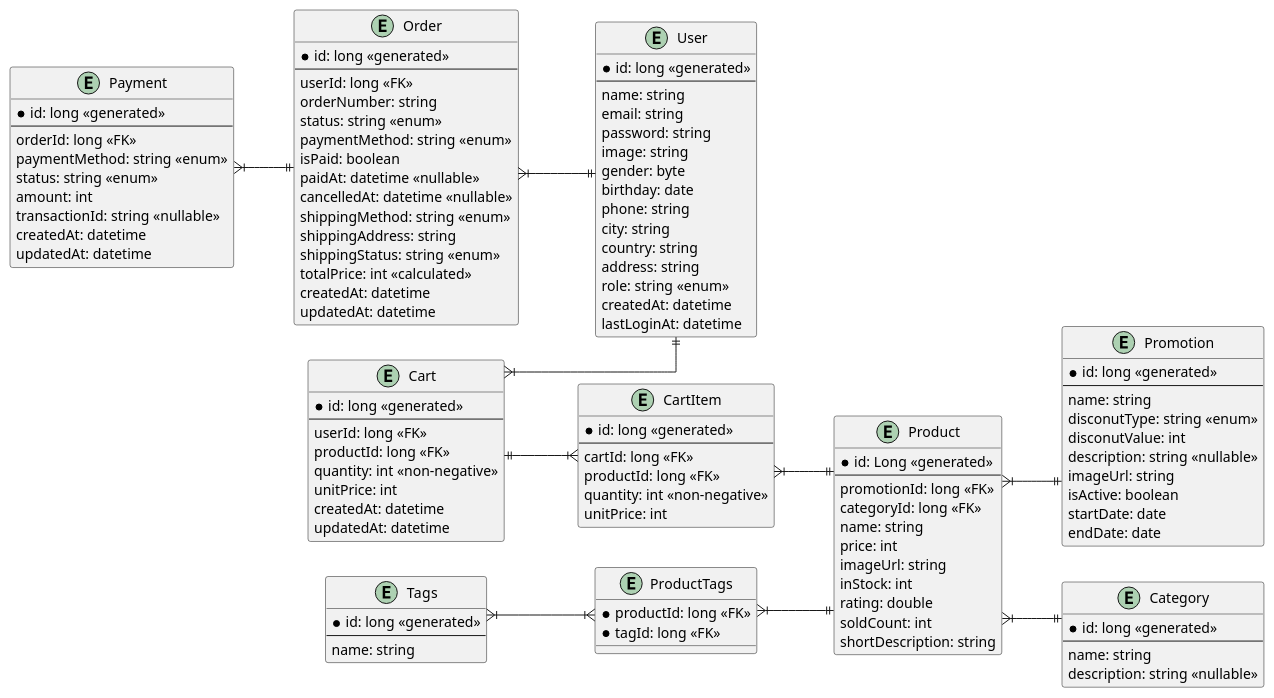
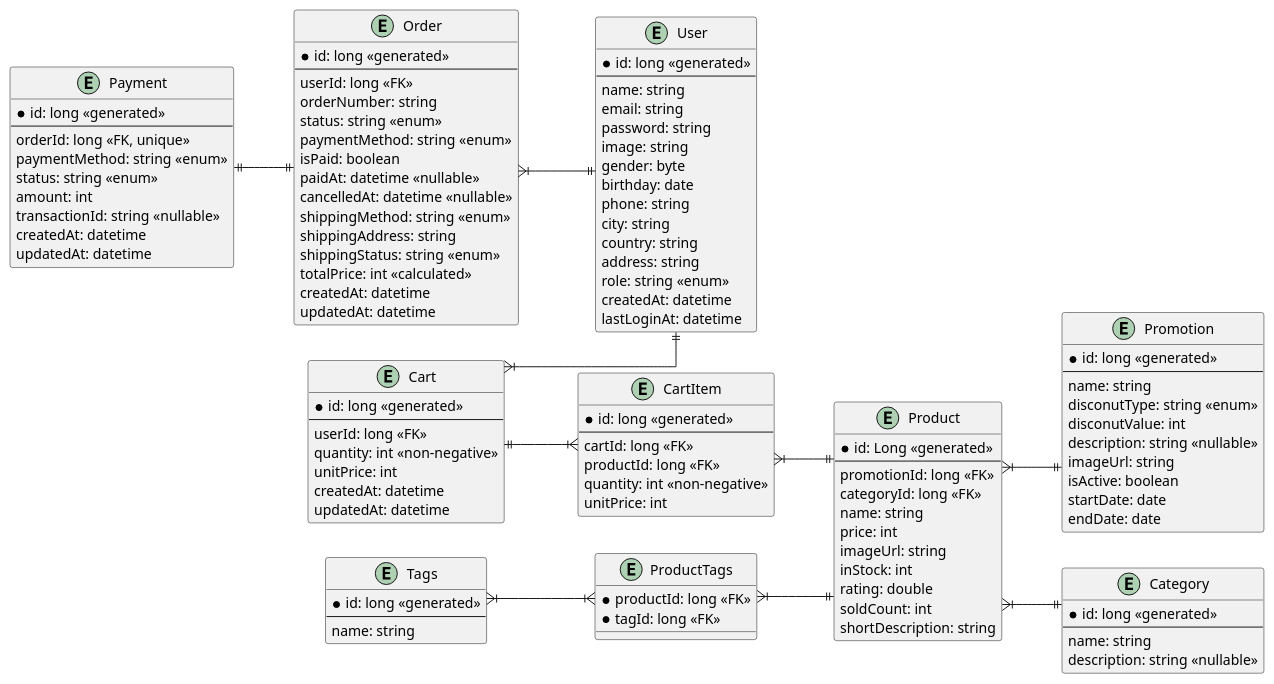
One commit to honeykokia/ecommerce-springboot changed the diagram in src/main/java/com/example/demo/docs/er-diagram.puml. Above: the diagram before and after it, drawn with PlantUML.

Commit message:
docs: Update ER diagram (er-diagram) - Remove `productId` from cart - Add `CartItem` table for Cart–Product many-to-many relationship - Set `orderId` in `Payment` as unique for one-to-one mapping

```diff
--- a/src/main/java/com/example/demo/docs/er-diagram.puml
+++ b/src/main/java/com/example/demo/docs/er-diagram.puml
@@ -1,135 +1,134 @@
 @startuml
 
 skinparam linetype ortho
 
 left to right direction
 
 entity "User" as User {
     *id: long <<generated>>
     ---
     name: string
     email: string
     password: string
     image: string
     gender: byte
     birthday: date
     phone: string
     city: string
     country: string
     address: string
     role: string <<enum>>
     'guest, member, admin
     createdAt: datetime
     lastLoginAt: datetime
 }
 
 entity "Product" as Product {
     *id: Long <<generated>>
     ---
     promotionId: long <<FK>>
     categoryId: long <<FK>>
     name: string
     price: int
     imageUrl: string
     inStock: int
     rating: double
     soldCount: int
     shortDescription: string
 }
 entity "CartItem" as CartItem {
     *id: long <<generated>>
     ---
     cartId: long <<FK>>
     productId: long <<FK>>
     quantity: int <<non-negative>>
     unitPrice: int
 }
 
 entity "Cart" as Cart {
     *id: long <<generated>>
     ---
     userId: long <<FK>>
-    productId: long <<FK>>
     quantity: int <<non-negative>>
     unitPrice: int
     createdAt: datetime
     updatedAt: datetime
 }
 
 entity "Order" as Order {
     *id: long <<generated>>
     ---
     userId: long <<FK>>
     orderNumber: string
     status: string <<enum>>
     'PENDING, PAID, CANCELLED, SHIPPED, COMPLETED
     paymentMethod: string <<enum>> 
     'CREDIT_CARD, PAYPAL
     isPaid: boolean
     paidAt: datetime <<nullable>>
     cancelledAt: datetime <<nullable>>
     shippingMethod: string <<enum>>
     'STANDARD, EXPRESS
     shippingAddress: string
     shippingStatus: string <<enum>>
     'PENDING, IN_TRANSIT, DELIVERED
     totalPrice: int <<calculated>>
     createdAt: datetime
     updatedAt: datetime
 }
 
 entity "Promotion" as Promotion {
     *id: long <<generated>>
     ---
     name: string
     disconutType: string <<enum>>
     'PERCENTAGE, FIXED_AMOUNT
     disconutValue: int
     description: string <<nullable>>
     imageUrl: string
     isActive: boolean
     startDate: date
     endDate: date
 }
 
 entity "Payment" as Payment {
     *id: long <<generated>>
     ---
-    orderId: long <<FK>>
+    orderId: long <<FK, unique>>
     paymentMethod: string <<enum>> 
     'CREDIT_CARD, PAYPAL, BANK_TRANSFER
     status: string <<enum>>
     'PENDING, COMPLETED, FAILED
     amount: int 
     transactionId: string <<nullable>>
     createdAt: datetime
     updatedAt: datetime
 }
 
 entity "Category" as Category {
     *id: long <<generated>>
     ---
     name: string
     description: string <<nullable>>
 }
 
 entity "Tags" as Tag{
     *id: long <<generated>>
     ---
     name: string
 }
 entity "ProductTags" as ProductTag {
     *productId: long <<FK>>
     *tagId: long <<FK>>
 }
 
 Tag }|--|{ ProductTag
 ProductTag }|--|| Product
 Cart }|--|| User
 Cart ||--|{ CartItem
 CartItem }|--|| Product
 Order }|--|| User
 Product }|--|| Promotion
 Product }|--|| Category
-Payment }|--|| Order
+Payment ||--|| Order
 @enduml
```
